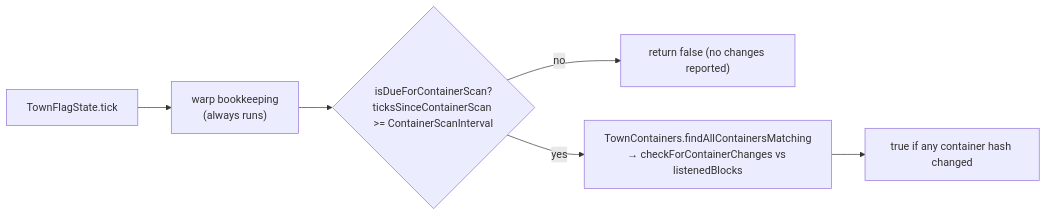
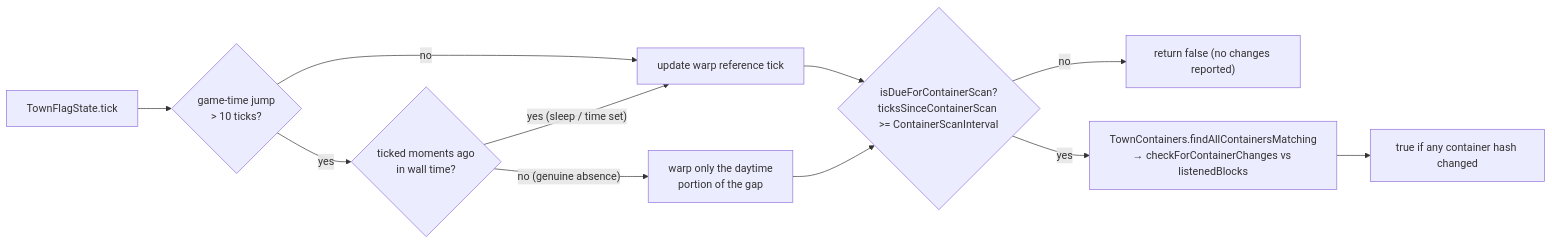
Before and after one commit to bradsk88/Questown: the second of 8 diagrams in src/main/java/ca/bradj/questown/town/COMPLEX.md, drawn with Mermaid. The commit also changed other lines of this file and 4 other files, not shown here.

First line of the commit message:
No warp production while the town is awake

````diff
--- a/src/main/java/ca/bradj/questown/town/COMPLEX.md
+++ b/src/main/java/ca/bradj/questown/town/COMPLEX.md
@@ -50,8 +50,13 @@
 ```mermaid
 flowchart LR
-    T["TownFlagState.tick"] --> Warp["warp bookkeeping<br/>(always runs)"]
-    Warp --> Due{"isDueForContainerScan?<br/>ticksSinceContainerScan >= ContainerScanInterval"}
+    T["TownFlagState.tick"] --> Warp{"game-time jump<br/>> 10 ticks?"}
+    Warp -- no --> Ref["update warp reference tick"]
+    Warp -- yes --> Awake{"ticked moments ago<br/>in wall time?"}
+    Awake -- "yes (sleep / time set)" --> Ref
+    Awake -- "no (genuine absence)" --> Day["warp only the daytime<br/>portion of the gap"]
+    Day --> Due
+    Ref --> Due{"isDueForContainerScan?<br/>ticksSinceContainerScan >= ContainerScanInterval"}
     Due -- no --> Skip["return false (no changes reported)"]
     Due -- yes --> Scan["TownContainers.findAllContainersMatching<br/>→ checkForContainerChanges vs listenedBlocks"]
     Scan --> Res["true if any container hash changed"]
 ```
````
